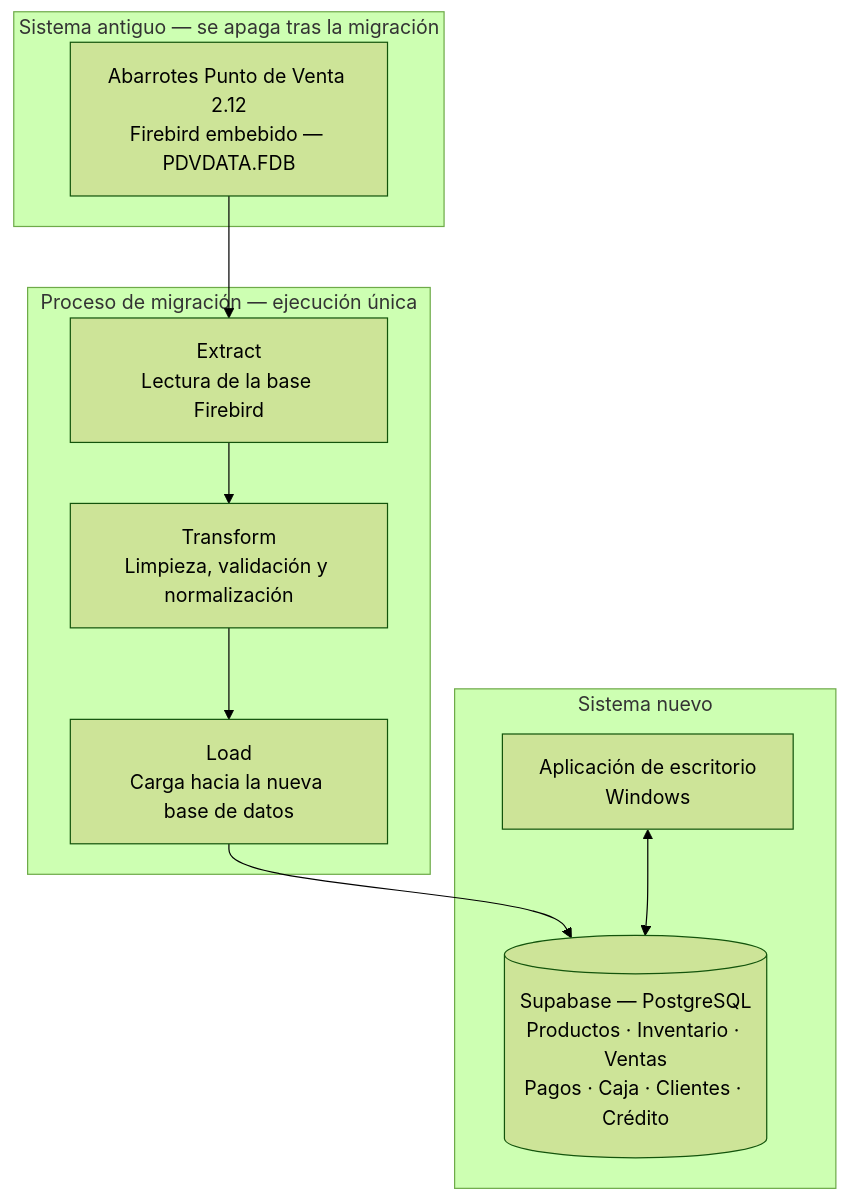
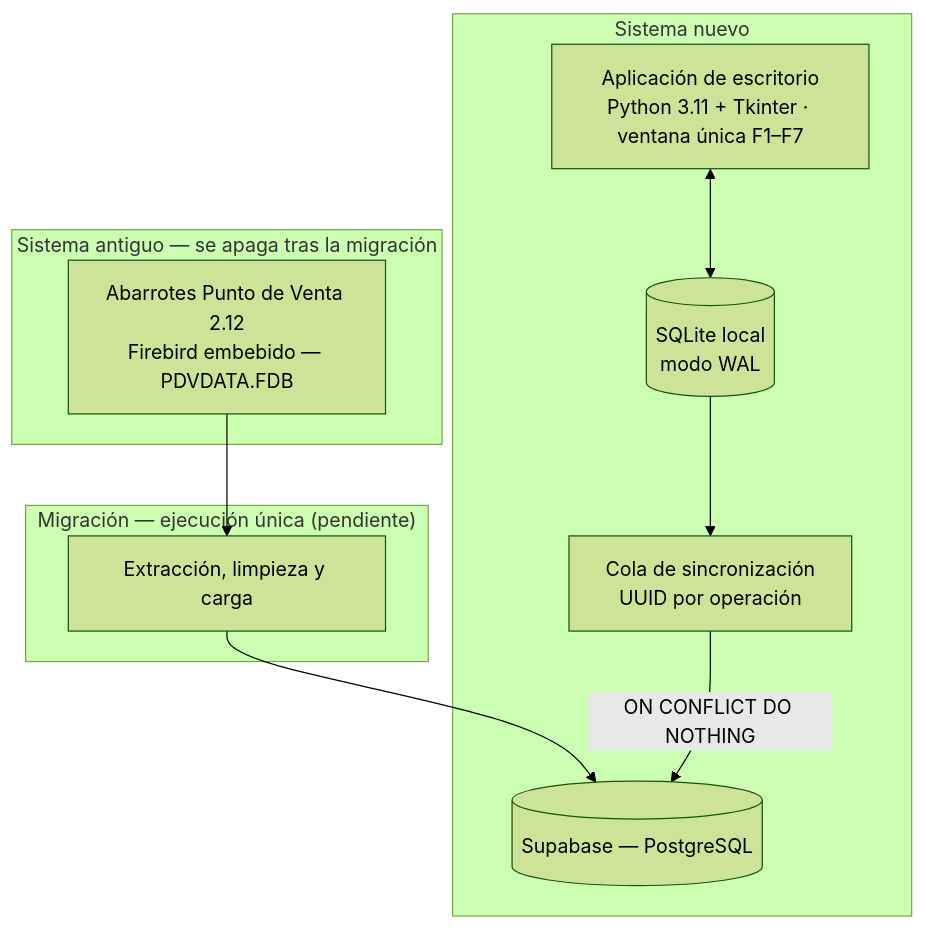
The diagram in README.md (vroaseitz/sistema-inventario-productos), drawn with Mermaid (forest theme) before and after one commit. The commit also changed other lines of this file, not shown here.

````diff
--- a/README.md
+++ b/README.md
@@ -163,23 +158,18 @@
 ```mermaid
 flowchart TD
     subgraph ANTIGUO["Sistema antiguo — se apaga tras la migración"]
         A["Abarrotes Punto de Venta 2.12<br/>Firebird embebido — PDVDATA.FDB"]
     end
-
-    subgraph MIG["Proceso de migración — ejecución única"]
-        B["Extract<br/>Lectura de la base Firebird"]
-        C["Transform<br/>Limpieza, validación y normalización"]
-        D["Load<br/>Carga hacia la nueva base de datos"]
+    subgraph MIG["Migración — ejecución única (pendiente)"]
+        B["Extracción, limpieza y carga"]
     end
-
     subgraph NUEVO["Sistema nuevo"]
-        E["Aplicación de escritorio<br/>Windows"]
-        F[("Supabase — PostgreSQL<br/>Productos · Inventario · Ventas<br/>Pagos · Caja · Clientes · Crédito")]
+        E["Aplicación de escritorio<br/>Python 3.11 + Tkinter · ventana única F1–F7"]
+        L[("SQLite local<br/>modo WAL")]
+        Q["Cola de sincronización<br/>UUID por operación"]
+        F[("Supabase — PostgreSQL")]
     end
-
-    A --> B
-    B --> C
-    C --> D
-    D --> F
-    E <--> F
+    A --> B --> F
+    E <--> L
+    L --> Q -->|"ON CONFLICT DO NOTHING"| F
 ```
````
